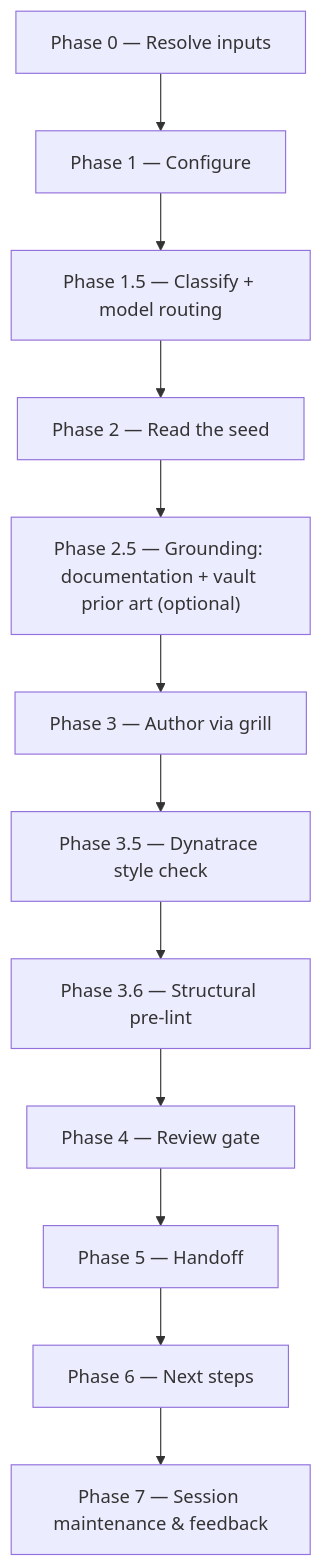
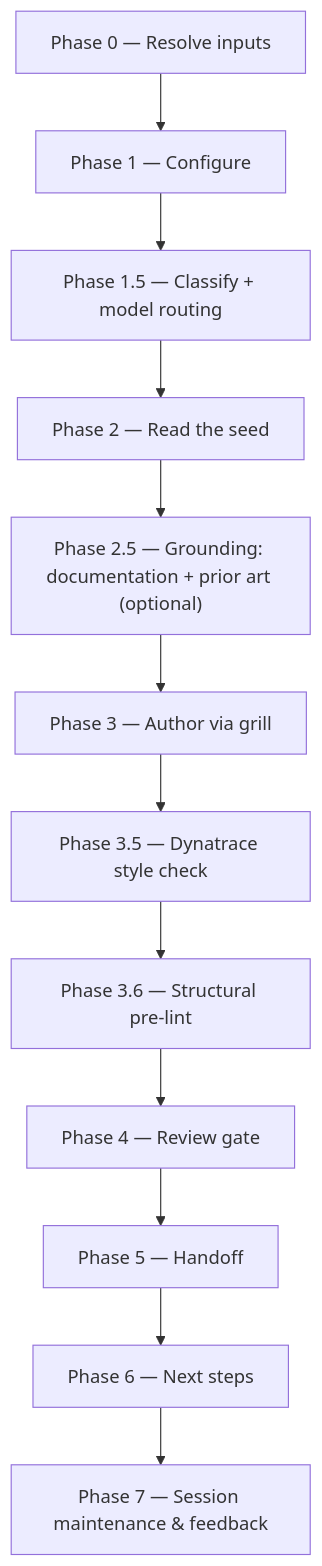
The diagram in dev-workflows/docs/skills/create-vi.md (ihudak/ihudak-copilot-plugins), drawn with Mermaid before and after one commit. The commit also changed other lines of this file and 11 other files, not shown here.

First line of the commit message:
feat(prior-art): search the specs repo; rename from vault prior art

````diff
--- a/dev-workflows/docs/skills/create-vi.md
+++ b/dev-workflows/docs/skills/create-vi.md
@@ -24,14 +24,14 @@
 ```mermaid
 flowchart TD
     p0["Phase 0 — Resolve inputs"] --> p1["Phase 1 — Configure"]
     p1 --> p15["Phase 1.5 — Classify + model routing"]
     p15 --> p2["Phase 2 — Read the seed"]
-    p2 --> p25["Phase 2.5 — Grounding: documentation + vault prior art (optional)"]
+    p2 --> p25["Phase 2.5 — Grounding: documentation + prior art (optional)"]
     p25 --> p3["Phase 3 — Author via grill"]
     p3 --> p35["Phase 3.5 — Dynatrace style check"]
     p35 --> p36["Phase 3.6 — Structural pre-lint"]
     p36 --> p4["Phase 4 — Review gate"]
     p4 --> p5["Phase 5 — Handoff"]
     p5 --> p6["Phase 6 — Next steps"]
     p6 --> p7["Phase 7 — Session maintenance & feedback"]
 ```
````
